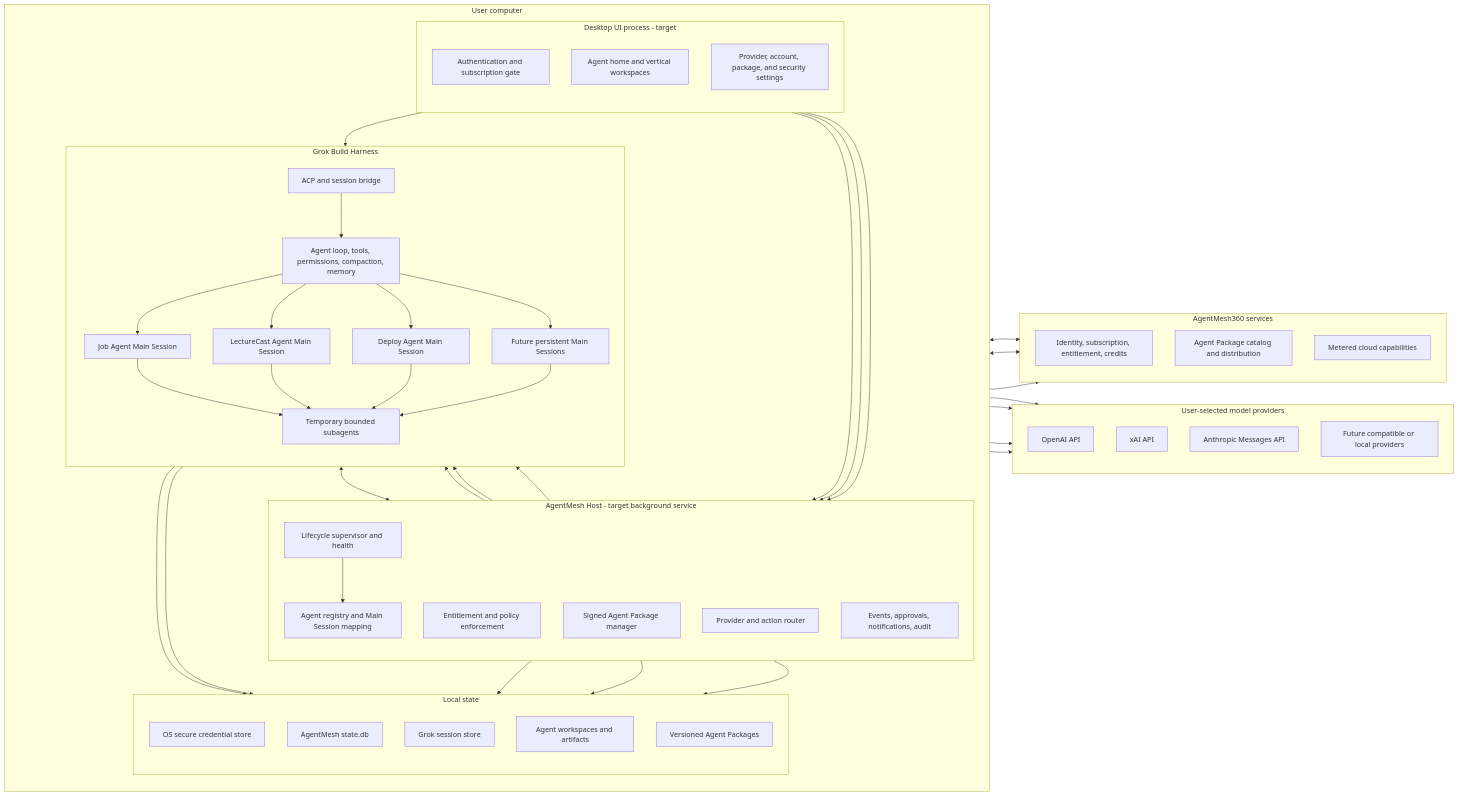
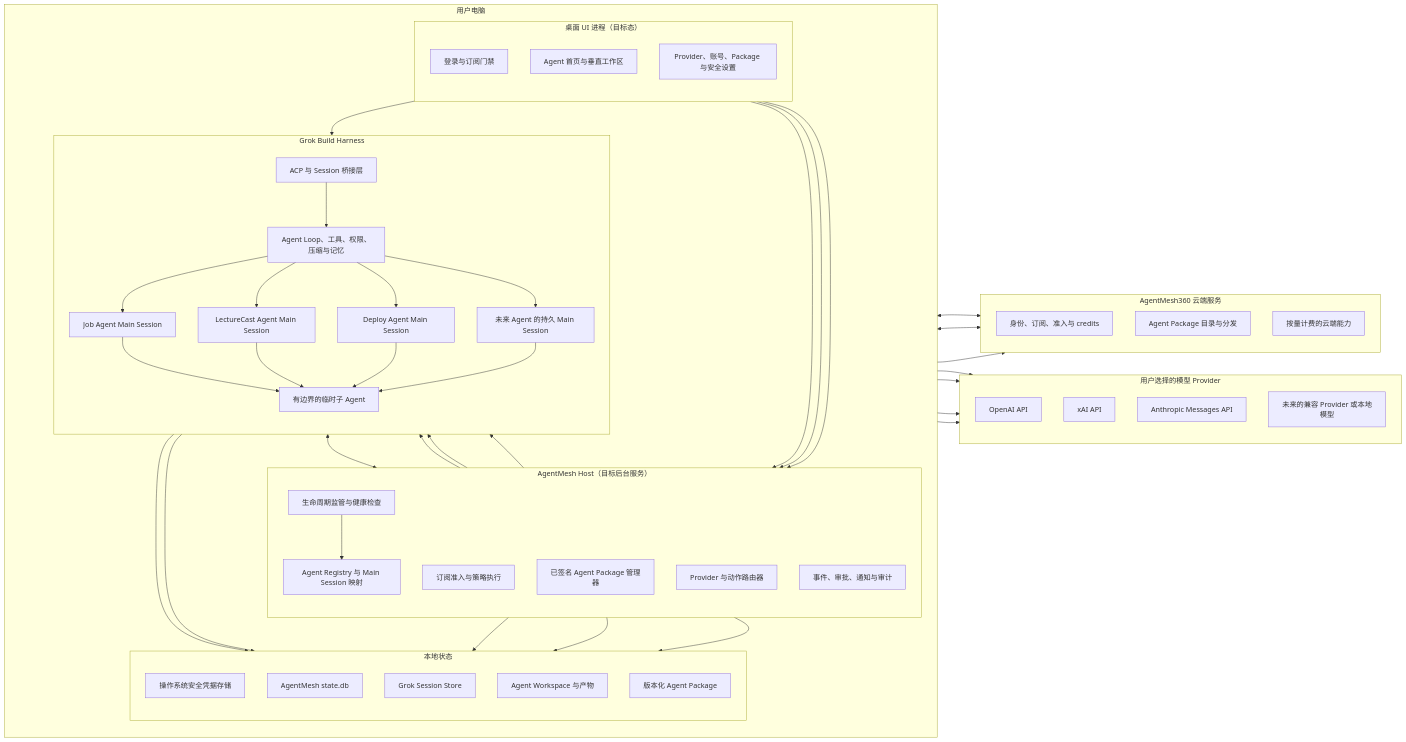
Before and after one commit to jiyangnan/AgentMesh360-Client: the third of 8 diagrams in docs/architecture/PRODUCT_BLUEPRINT.md, drawn with Mermaid. The commit also changed other lines of this file and 2 other files, not shown here.

````diff
--- a/docs/architecture/PRODUCT_BLUEPRINT.md
+++ b/docs/architecture/PRODUCT_BLUEPRINT.md
@@ -144,58 +141,58 @@
 ```mermaid
 flowchart LR
-    subgraph OS["User computer"]
+    subgraph OS["用户电脑"]
         direction TB
-        subgraph UI["Desktop UI process - target"]
+        subgraph UI["桌面 UI 进程（目标态）"]
             direction TB
-            SHELL["Authentication and subscription gate"]
-            AGENT_UI["Agent home and vertical workspaces"]
-            SETTINGS_UI["Provider, account, package, and security settings"]
+            SHELL["登录与订阅门禁"]
+            AGENT_UI["Agent 首页与垂直工作区"]
+            SETTINGS_UI["Provider、账号、Package 与安全设置"]
         end
 
-        subgraph HOST["AgentMesh Host - target background service"]
+        subgraph HOST["AgentMesh Host（目标后台服务）"]
             direction TB
-            SUPERVISOR["Lifecycle supervisor and health"]
-            AUTHZ["Entitlement and policy enforcement"]
-            PACKAGE["Signed Agent Package manager"]
-            REGISTRY["Agent registry and Main Session mapping"]
-            ROUTER["Provider and action router"]
-            EVENTS["Events, approvals, notifications, audit"]
+            SUPERVISOR["生命周期监管与健康检查"]
+            AUTHZ["订阅准入与策略执行"]
+            PACKAGE["已签名 Agent Package 管理器"]
+            REGISTRY["Agent Registry 与 Main Session 映射"]
+            ROUTER["Provider 与动作路由器"]
+            EVENTS["事件、审批、通知与审计"]
         end
 
         subgraph HARNESS["Grok Build Harness"]
             direction TB
-            ACP["ACP and session bridge"]
-            LOOP["Agent loop, tools, permissions, compaction, memory"]
+            ACP["ACP 与 Session 桥接层"]
+            LOOP["Agent Loop、工具、权限、压缩与记忆"]
             JOB["Job Agent Main Session"]
             LECTURE["LectureCast Agent Main Session"]
             DEPLOY["Deploy Agent Main Session"]
-            FUTURE["Future persistent Main Sessions"]
-            WORKERS["Temporary bounded subagents"]
+            FUTURE["未来 Agent 的持久 Main Session"]
+            WORKERS["有边界的临时子 Agent"]
         end
 
-        subgraph LOCAL["Local state"]
+        subgraph LOCAL["本地状态"]
             direction TB
-            KEYCHAIN["OS secure credential store"]
+            KEYCHAIN["操作系统安全凭据存储"]
             STATE["AgentMesh state.db"]
-            SESSIONS["Grok session store"]
-            WORKSPACES["Agent workspaces and artifacts"]
-            PACKAGES["Versioned Agent Packages"]
+            SESSIONS["Grok Session Store"]
+            WORKSPACES["Agent Workspace 与产物"]
+            PACKAGES["版本化 Agent Package"]
         end
     end
 
-    subgraph PROVIDERS["User-selected model providers"]
+    subgraph PROVIDERS["用户选择的模型 Provider"]
         direction TB
         OPENAI["OpenAI API"]
         XAI["xAI API"]
         ANTHROPIC["Anthropic Messages API"]
-        COMPATIBLE["Future compatible or local providers"]
+        COMPATIBLE["未来的兼容 Provider 或本地模型"]
     end
 
-    subgraph CLOUD["AgentMesh360 services"]
+    subgraph CLOUD["AgentMesh360 云端服务"]
         direction TB
-        CORE["Identity, subscription, entitlement, credits"]
-        PACKAGE_REGISTRY["Agent Package catalog and distribution"]
-        CLOUD_ACTIONS["Metered cloud capabilities"]
+        CORE["身份、订阅、准入与 credits"]
+        PACKAGE_REGISTRY["Agent Package 目录与分发"]
+        CLOUD_ACTIONS["按量计费的云端能力"]
     end
 
     SHELL --> AUTHZ
````
